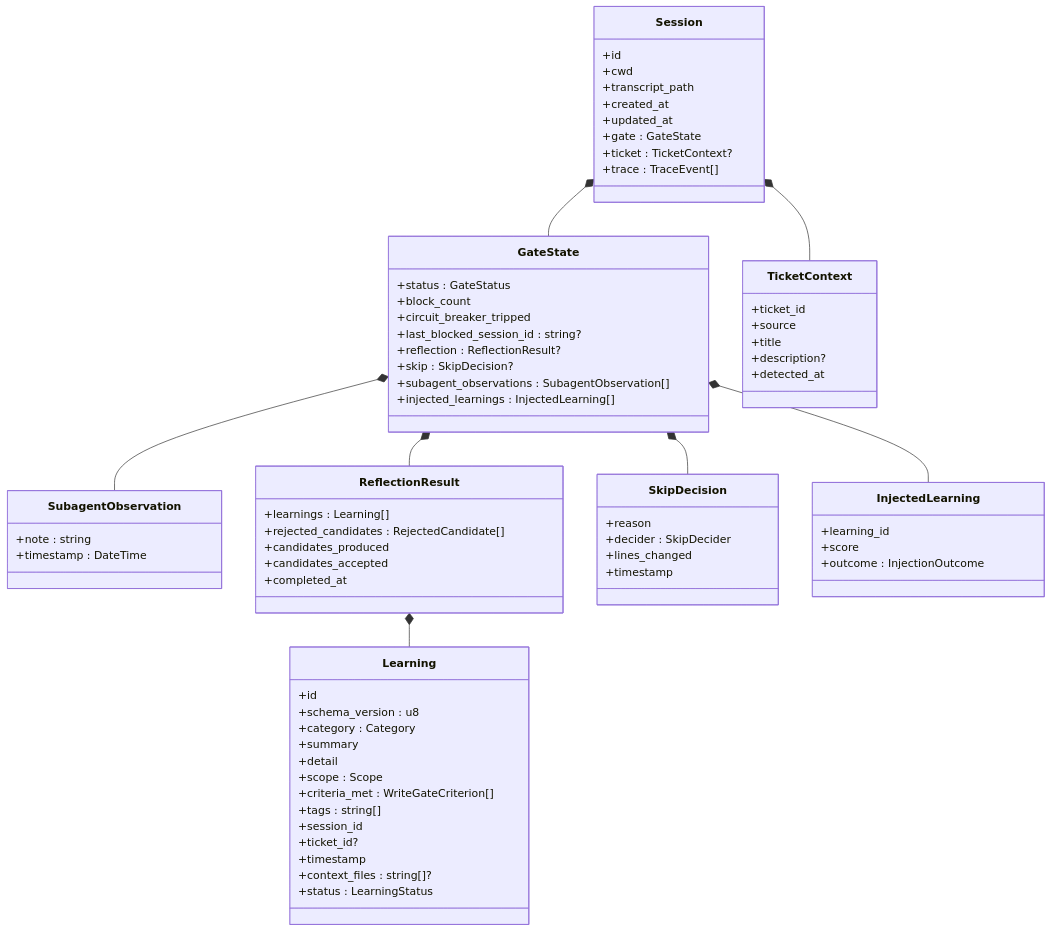
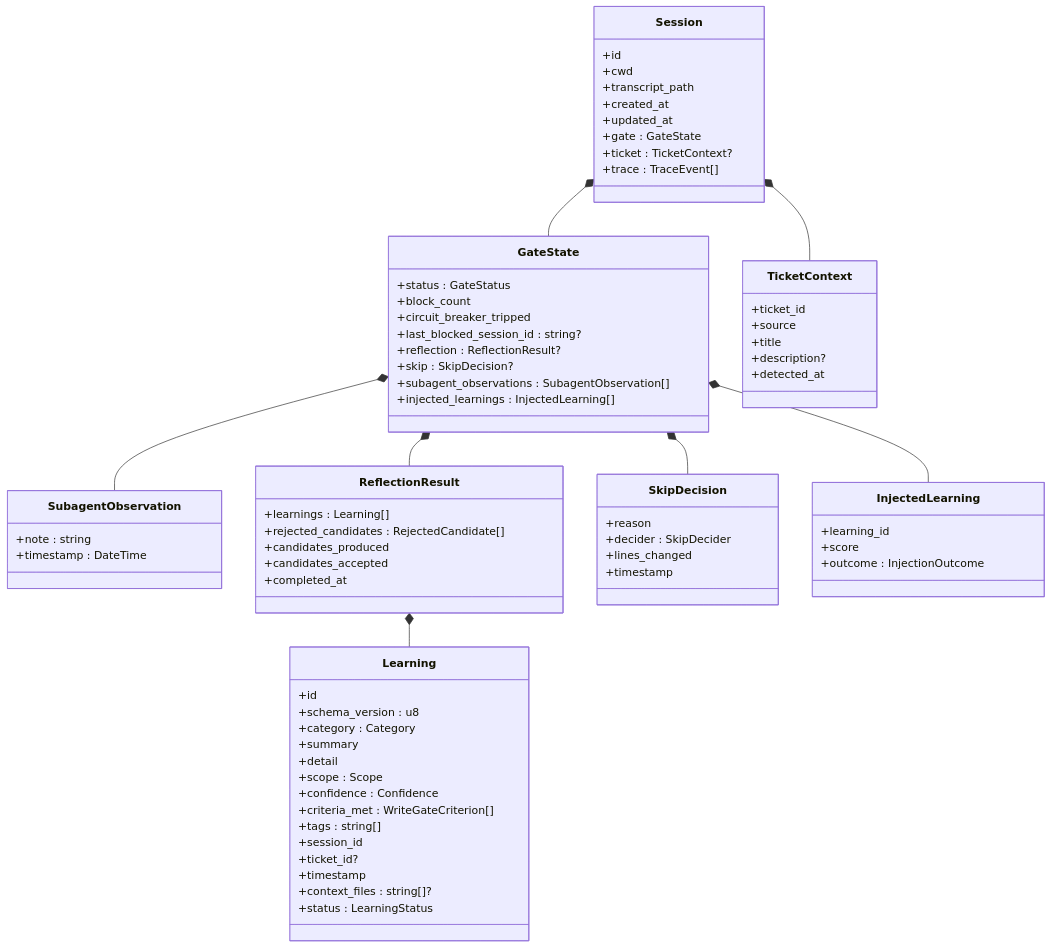
Before and after one commit to bivory/grove: the second of 11 diagrams in design/01-architecture.md, drawn with Mermaid. The commit also changed other lines of this file and 4 other files, not shown here.

```diff
--- a/design/01-architecture.md
+++ b/design/01-architecture.md
@@ -110,6 +110,7 @@
         +summary
         +detail
         +scope : Scope
+        +confidence : Confidence
         +criteria_met : WriteGateCriterion[]
         +tags : string[]
         +session_id
```
